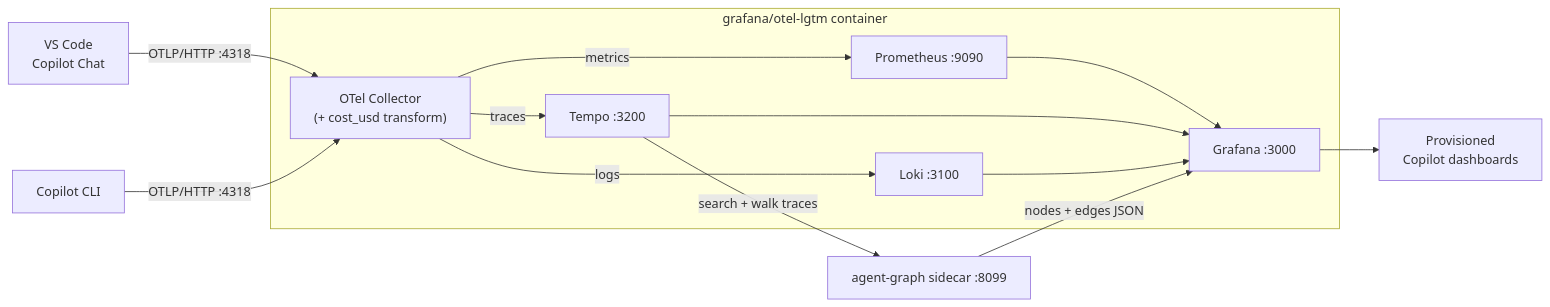
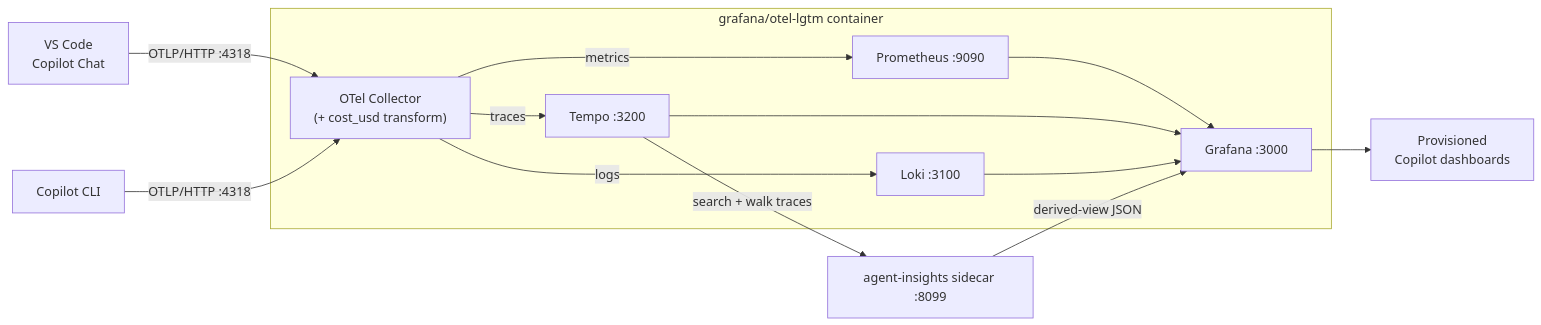
The diagram in README.md (dasiths/github_copilot_grafana_extensions), drawn with Mermaid before and after one commit. The commit also changed other lines of this file and 13 other files, not shown here.

````diff
--- a/README.md
+++ b/README.md
@@ -21,16 +21,16 @@
 ```mermaid
 flowchart LR
   A["VS Code<br/>Copilot Chat"] -- "OTLP/HTTP :4318" --> B["OTel Collector<br/>(+ cost_usd transform)"]
   H["Copilot CLI"] -- "OTLP/HTTP :4318" --> B
   subgraph LGTM["grafana/otel-lgtm container"]
     B -- metrics --> C["Prometheus :9090"]
     B -- traces --> D["Tempo :3200"]
     B -- logs --> E["Loki :3100"]
     C --> F["Grafana :3000"]
     D --> F
     E --> F
   end
-  D -- "search + walk traces" --> S["agent-graph sidecar :8099"]
-  S -- "nodes + edges JSON" --> F
+  D -- "search + walk traces" --> S["agent-insights sidecar :8099"]
+  S -- "derived-view JSON" --> F
   F --> G["Provisioned<br/>Copilot dashboards"]
 ```
````
